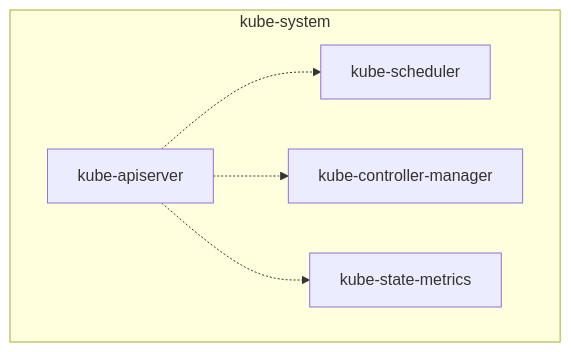
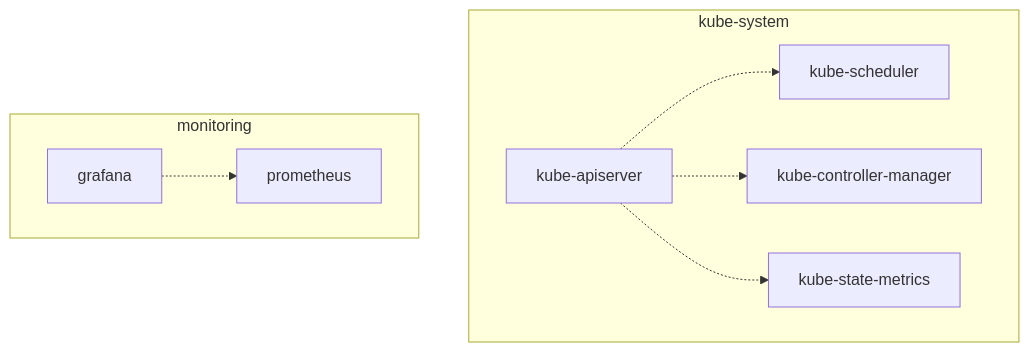
Before and after one commit to AIOS-SH/devoxx-dashboard-as-code: the diagram in dashboards/schema.mermaid, drawn with Mermaid. The commit also changed 2 other files, not shown here.

```diff
--- a/dashboards/schema.mermaid
+++ b/dashboards/schema.mermaid
@@ -1,6 +1,9 @@
 graph TD
   subgraph kube-system
     kube-apiserver -.-> kube-scheduler
     kube-apiserver -.-> kube-controller-manager
     kube-apiserver -.-> kube-state-metrics
   end
+  subgraph monitoring
+    grafana -.-> prometheus
+  end
```
